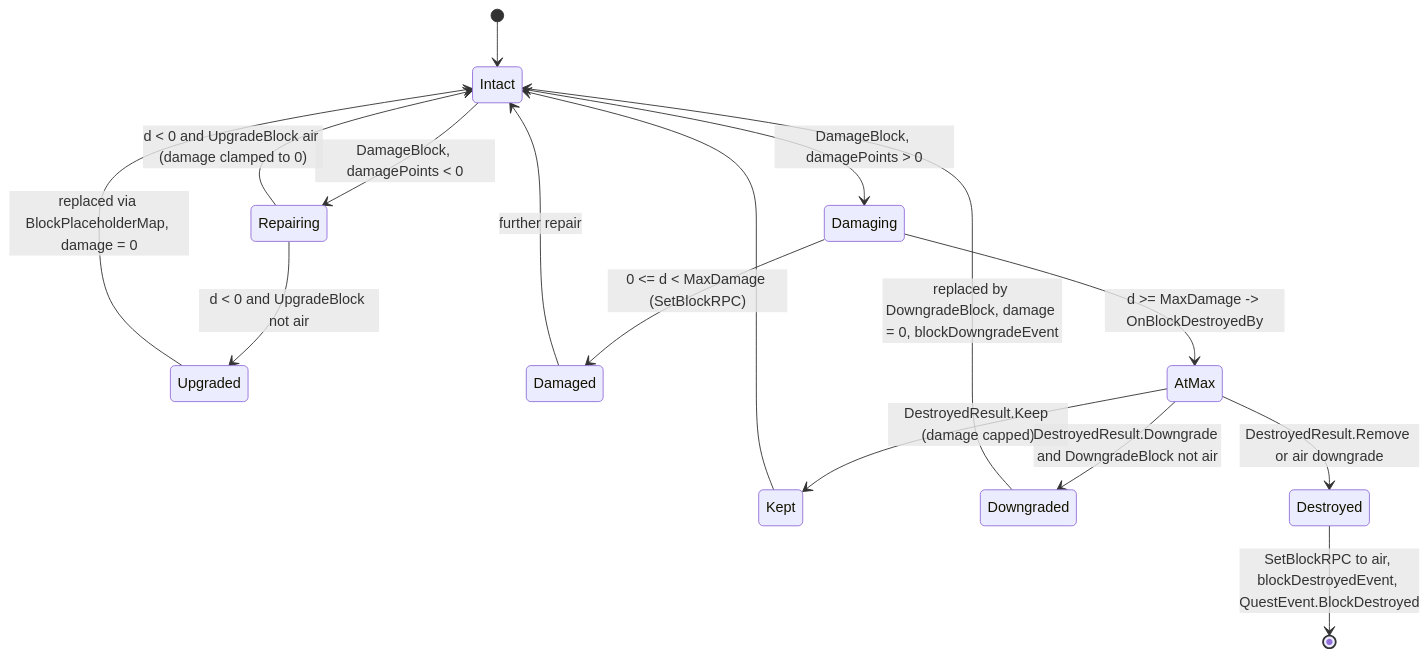
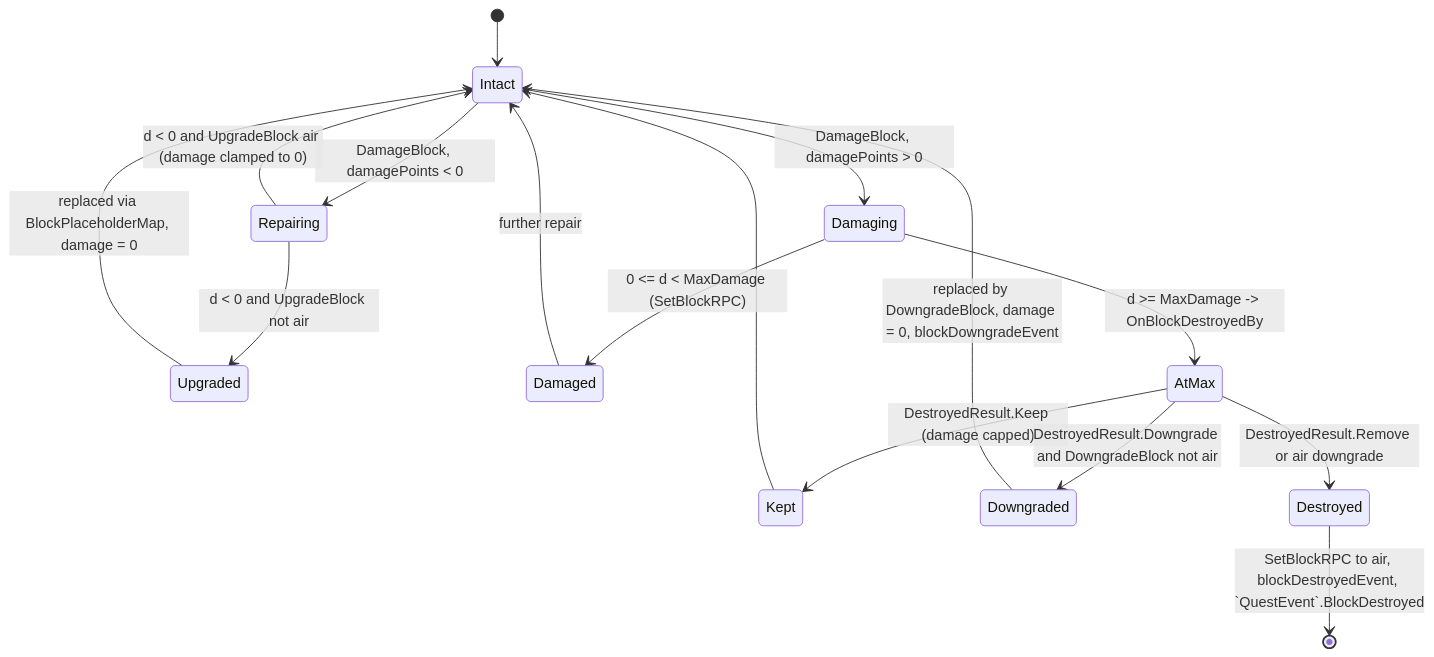
The fourth of 6 diagrams in docs/blocks.md (hordeforge/7dtd-engine-research), drawn with Mermaid before and after one commit. The commit also changed 16 other files, not shown here.

````diff
--- a/docs/blocks.md
+++ b/docs/blocks.md
@@ -245,18 +245,18 @@
 ```mermaid
 stateDiagram-v2
   [*] --> Intact
   Intact --> Repairing: DamageBlock, damagePoints < 0
   Intact --> Damaging: DamageBlock, damagePoints > 0
   Repairing --> Upgraded: d < 0 and UpgradeBlock not air
   Repairing --> Intact: d < 0 and UpgradeBlock air (damage clamped to 0)
   Upgraded --> Intact: replaced via BlockPlaceholderMap, damage = 0
   Damaging --> Damaged: 0 <= d < MaxDamage (SetBlockRPC)
   Damaged --> Intact: further repair
   Damaging --> AtMax: d >= MaxDamage -> OnBlockDestroyedBy
   AtMax --> Kept: DestroyedResult.Keep (damage capped)
   AtMax --> Downgraded: DestroyedResult.Downgrade and DowngradeBlock not air
   AtMax --> Destroyed: DestroyedResult.Remove or air downgrade
   Kept --> Intact
   Downgraded --> Intact: replaced by DowngradeBlock, damage = 0, blockDowngradeEvent
-  Destroyed --> [*]: SetBlockRPC to air, blockDestroyedEvent, QuestEvent.BlockDestroyed
+  Destroyed --> [*]: SetBlockRPC to air, blockDestroyedEvent, `QuestEvent`.BlockDestroyed
 ```
````
